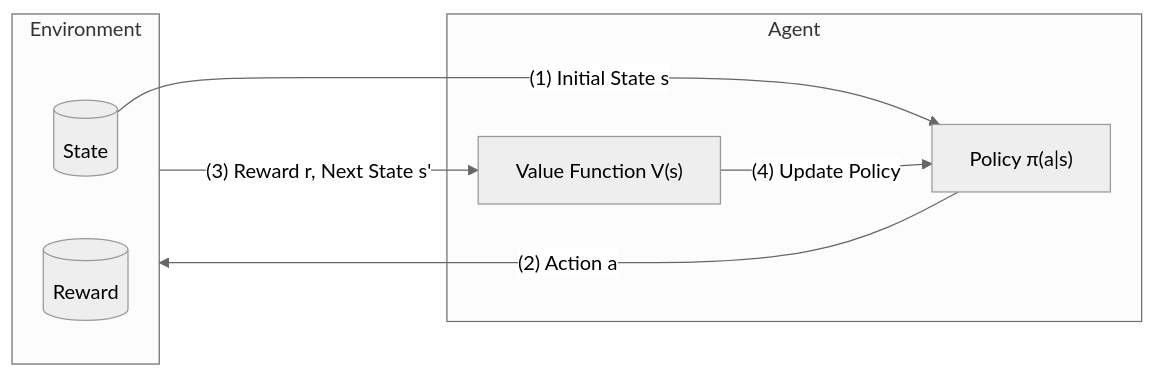
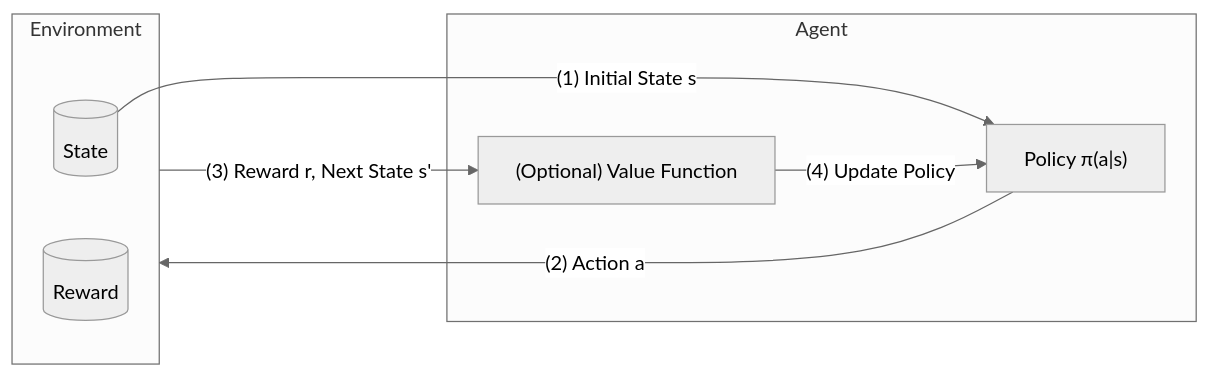
Before and after one commit to DravaMmonk/study-notes: the diagram in docs/Unimelb/25S2/AIP/06-RL.md, drawn with Mermaid (neutral theme). The commit also changed other lines of this file and 12 other files, not shown here.

````diff
--- a/docs/Unimelb/25S2/AIP/06-RL.md
+++ b/docs/Unimelb/25S2/AIP/06-RL.md
@@ -41,18 +41,18 @@
 ```mermaid
 flowchart LR
     subgraph Env[Environment]
         S[(State)]
         R[(Reward)]
     end
 
     subgraph Agent[Agent]
         P["Policy π(a|s)"]
-        V["Value Function V(s)"]
+        V["(Optional) Value Function"]
     end
 
     S -->|"(1) Initial State s"| P
     P -->|"(2) Action a"| Env
     Env -->|"(3) Reward r, Next State s'"| V
     V -->|"(4) Update Policy"| P
 
 ```
````
